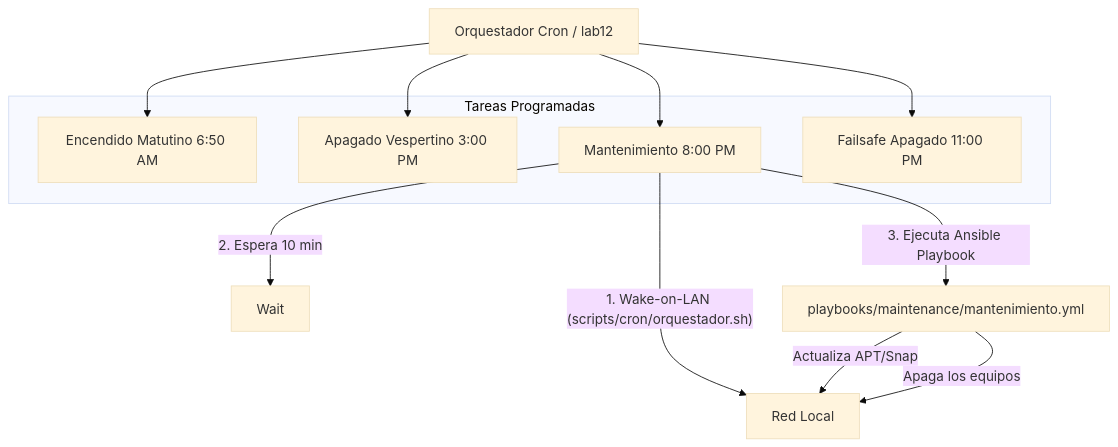
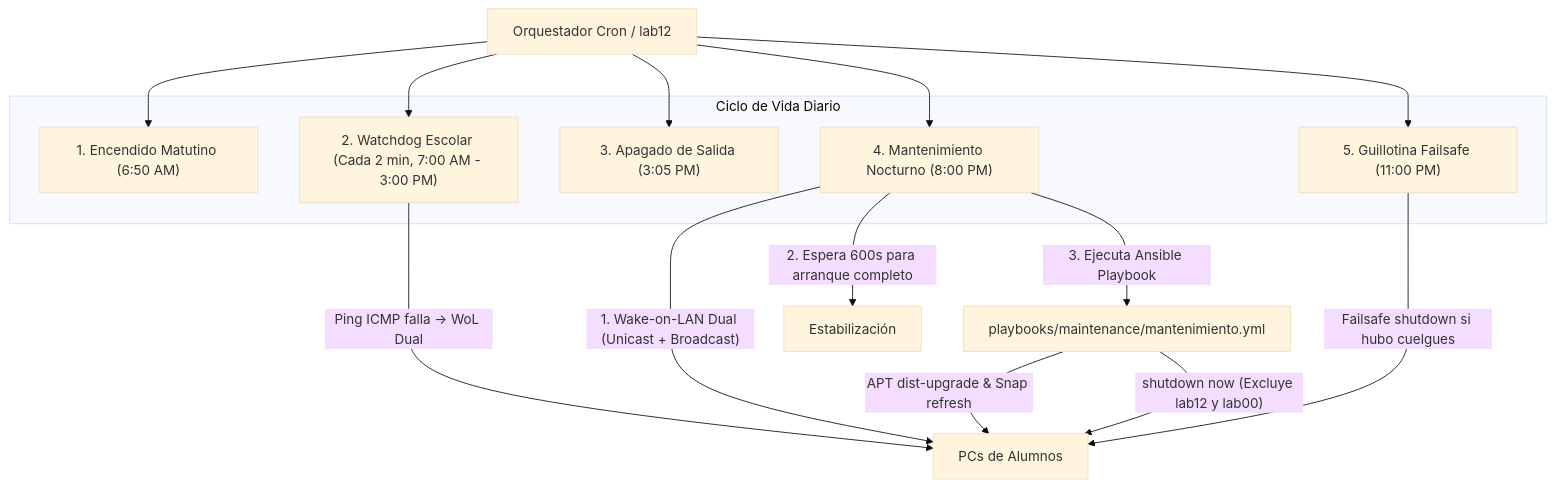
The diagram in docs/automatizacion_nocturna.md (Pozole98/ansible-lab-automation), drawn with Mermaid (base theme) before and after one commit. The commit also changed other lines of this file and 6 other files, not shown here.

````diff
--- a/docs/automatizacion_nocturna.md
+++ b/docs/automatizacion_nocturna.md
@@ -9,22 +13,26 @@
 ```mermaid
 graph TD
     O[Orquestador Cron / lab12]
     
-    subgraph Tareas Programadas
-        A[Encendido Matutino 6:50 AM]
-        B[Apagado Vespertino 3:00 PM]
-        C[Mantenimiento 8:00 PM]
-        D[Failsafe Apagado 11:00 PM]
+    subgraph Ciclo de Vida Diario
+        A["1. Encendido Matutino (6:50 AM)"]
+        B["2. Watchdog Escolar (Cada 2 min, 7:00 AM - 3:00 PM)"]
+        C["3. Apagado de Salida (3:05 PM)"]
+        D["4. Mantenimiento Nocturno (8:00 PM)"]
+        E["5. Guillotina Failsafe (11:00 PM)"]
     end
 
     O --> A
     O --> B
     O --> C
     O --> D
+    O --> E
 
-    C -- "1. Wake-on-LAN (scripts/cron/orquestador.sh)" --> LAN[Red Local]
-    C -- "2. Espera 10 min" --> Wait
-    C -- "3. Ejecuta Ansible Playbook" --> Playbook[playbooks/maintenance/mantenimiento.yml]
-    Playbook -- "Actualiza APT/Snap" --> LAN
-    Playbook -- "Apaga los equipos" --> LAN
+    B -- "Ping ICMP falla -> WoL Dual" --> LAN[PCs de Alumnos]
+    D -- "1. Wake-on-LAN Dual (Unicast + Broadcast)" --> LAN
+    D -- "2. Espera 600s para arranque completo" --> W[Estabilización]
+    D -- "3. Ejecuta Ansible Playbook" --> P[playbooks/maintenance/mantenimiento.yml]
+    P -- "APT dist-upgrade & Snap refresh" --> LAN
+    P -- "shutdown now (Excluye lab12 y lab00)" --> LAN
+    E -- "Failsafe shutdown si hubo cuelgues" --> LAN
 ```
````
